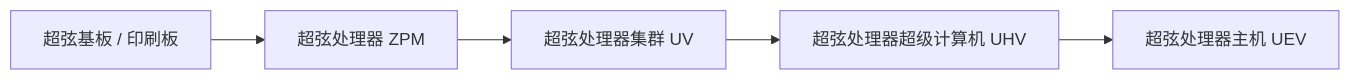
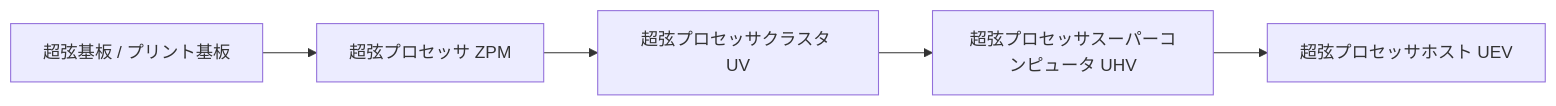
Before and after one commit to takanashisatou/GregtechEasy-Docs: the first of 2 diagrams in docs/ja/gtecore/circuits-and-materials.md, drawn with Mermaid. The commit also changed other lines of this file and 99 other files, not shown here.

````diff
--- a/docs/ja/gtecore/circuits-and-materials.md
+++ b/docs/ja/gtecore/circuits-and-materials.md
@@ -11,7 +11,7 @@
 ```mermaid
 graph LR
-    A[超弦基板 / 印刷板] --> B[超弦处理器 ZPM]
-    B --> C[超弦处理器集群 UV]
-    C --> D[超弦处理器超级计算机 UHV]
-    D --> E[超弦处理器主机 UEV]
+    A[超弦基板 / プリント基板] --> B[超弦プロセッサ ZPM]
+    B --> C[超弦プロセッサクラスタ UV]
+    C --> D[超弦プロセッサスーパーコンピュータ UHV]
+    D --> E[超弦プロセッサホスト UEV]
 ```
````
